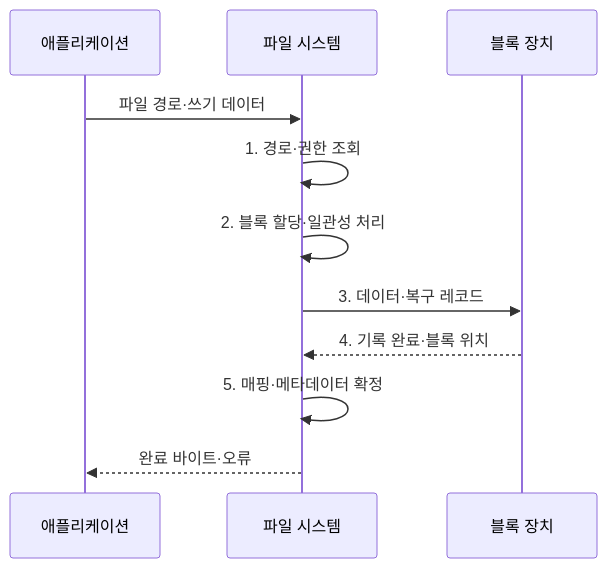
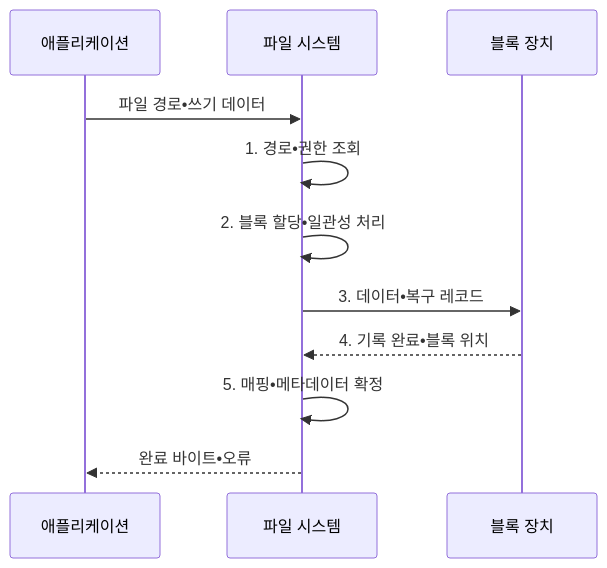
The second of 2 diagrams in src/content/docs/notes/03-software/020_file_system.md (agnusdei1207/knowledge-base), drawn with Mermaid before and after one commit. The commit also changed other lines of this file and 953 other files, not shown here.

````diff
--- a/src/content/docs/notes/03-software/020_file_system.md
+++ b/src/content/docs/notes/03-software/020_file_system.md
@@ -107,13 +107,13 @@
 ```mermaid
 sequenceDiagram
     participant A as 애플리케이션
     participant F as 파일 시스템
     participant D as 블록 장치
-    A->>F: 파일 경로·쓰기 데이터
-    F->>F: 1. 경로·권한 조회
-    F->>F: 2. 블록 할당·일관성 처리
-    F->>D: 3. 데이터·복구 레코드
-    D-->>F: 4. 기록 완료·블록 위치
-    F->>F: 5. 매핑·메타데이터 확정
-    F-->>A: 완료 바이트·오류
+    A->>F: 파일 경로•쓰기 데이터
+    F->>F: 1. 경로•권한 조회
+    F->>F: 2. 블록 할당•일관성 처리
+    F->>D: 3. 데이터•복구 레코드
+    D-->>F: 4. 기록 완료•블록 위치
+    F->>F: 5. 매핑•메타데이터 확정
+    F-->>A: 완료 바이트•오류
 ```
````
